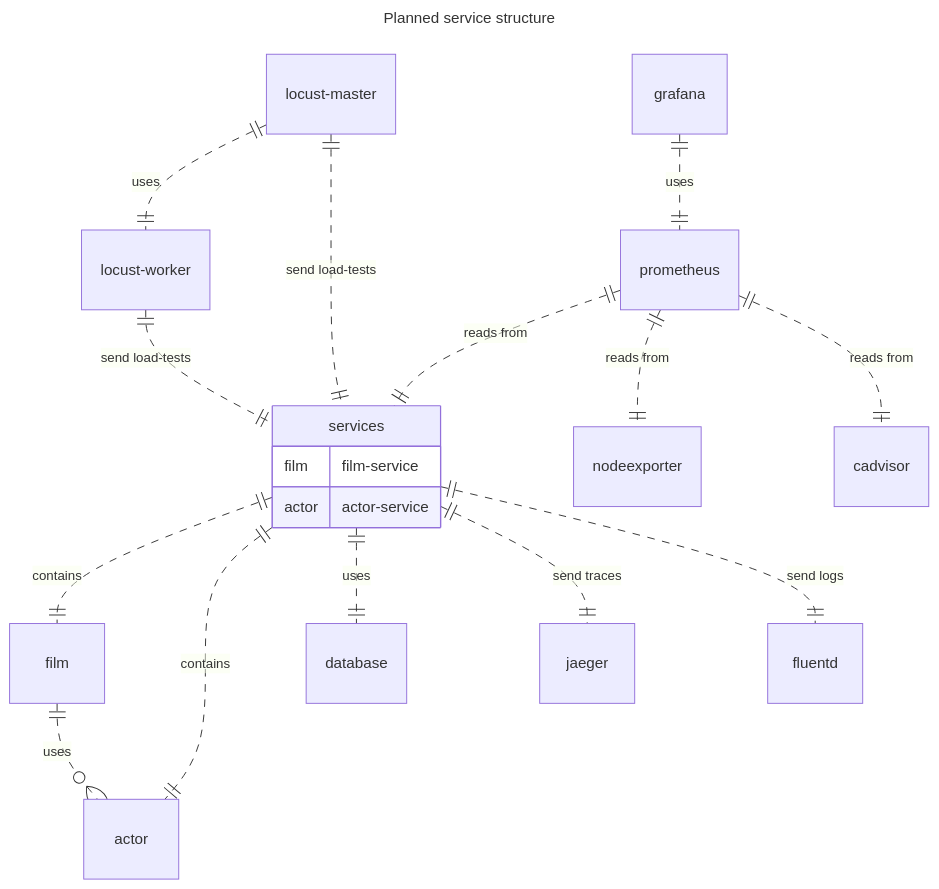
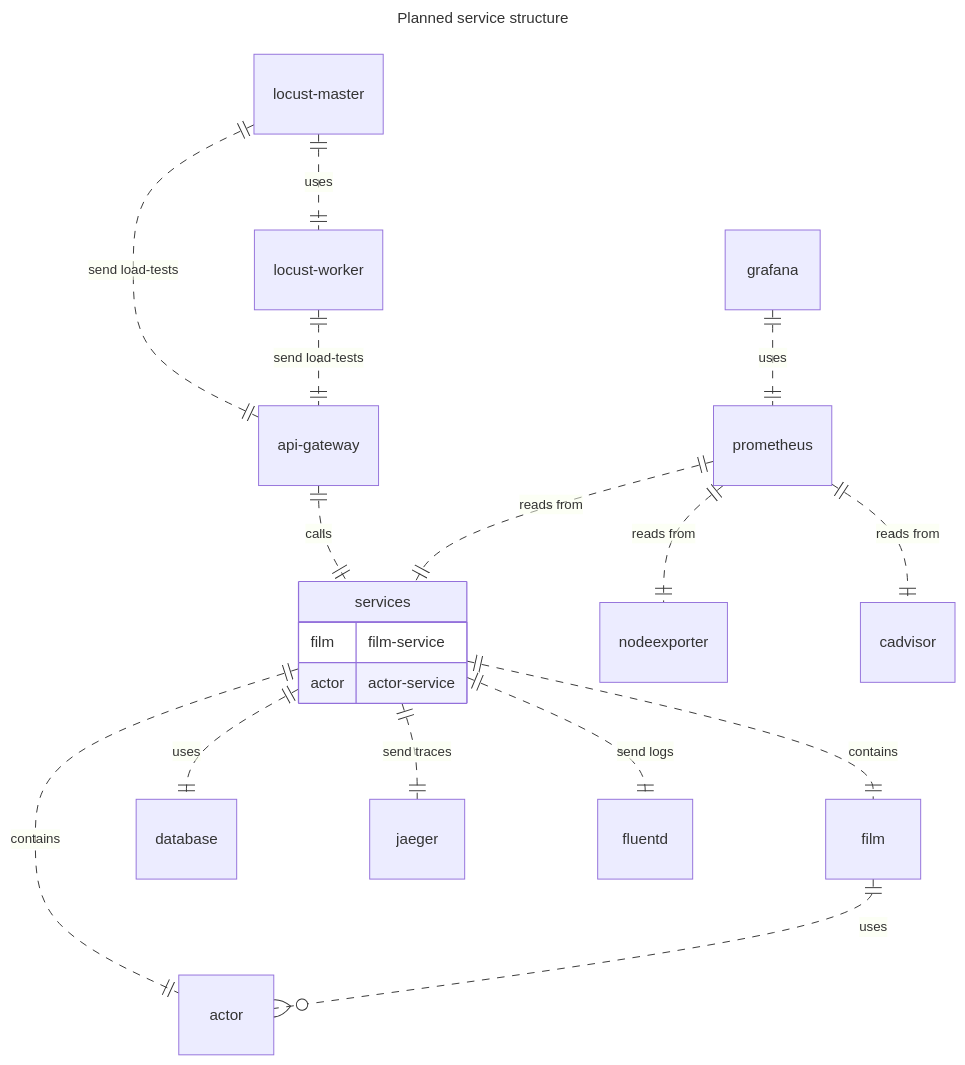
Before and after one commit to Example-Team-Project/.github: the diagram in README.md, drawn with Mermaid. The commit also changed other lines of this file, not shown here.

Commit message:
Added API gateway to the system diagram

````diff
--- a/README.md
+++ b/README.md
@@ -21,23 +21,24 @@
 ```mermaid
 ---
 title: Planned service structure
 ---
 erDiagram
     services {
         film film-service
         actor actor-service
     }
     services ||..|| film: contains
     services ||..|| actor: contains
     film ||..O{ actor: uses
     services ||..|| database: uses
     services ||..|| jaeger: "send traces"
     services ||..|| fluentd: "send logs"
+    api-gateway ||..|| services: "calls"
     prometheus ||..|| services: "reads from"
     prometheus ||..|| nodeexporter: "reads from"
     prometheus ||..|| cadvisor: "reads from"
     grafana ||..|| prometheus: uses
     locust-master ||..|| locust-worker: "uses"
-    locust-master ||..|| services: "send load-tests"
-    locust-worker ||..|| services: "send load-tests"
+    locust-master ||..|| api-gateway: "send load-tests"
+    locust-worker ||..|| api-gateway: "send load-tests"
 ```
````
